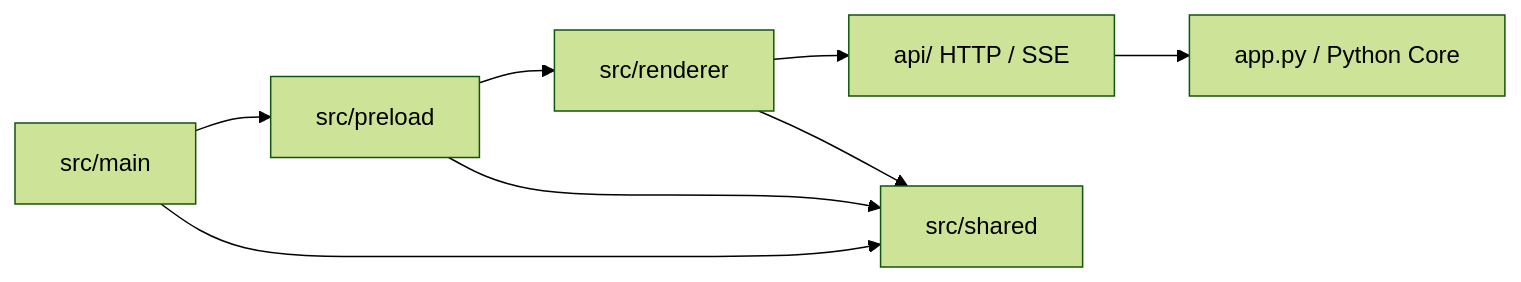
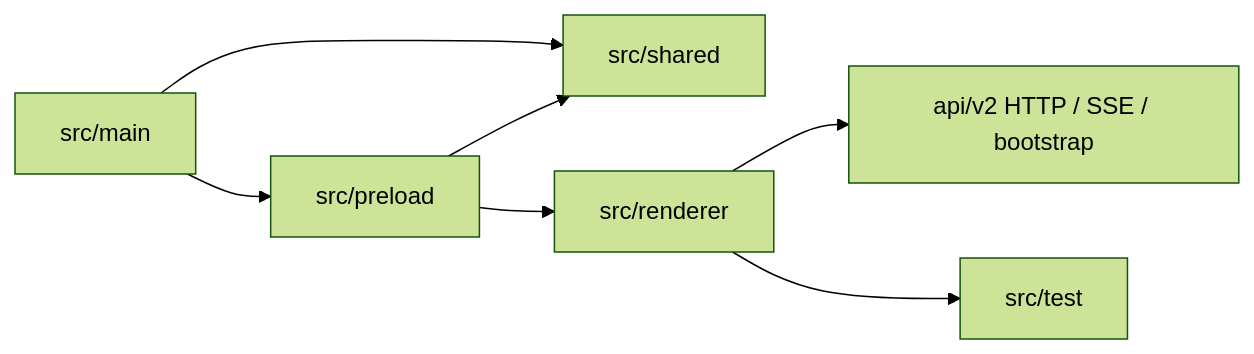
The diagram in frontend/SPEC.md (neavo/LinguaGacha), drawn with Mermaid (forest theme) before and after one commit. The commit also changed other lines of this file and 7 other files, not shown here.

````diff
--- a/frontend/SPEC.md
+++ b/frontend/SPEC.md
@@ -12,10 +13,9 @@
 ```mermaid
 flowchart LR
     A["src/main"] --> B["src/preload"]
-    B --> C["src/renderer"]
-    C --> D["api/ HTTP / SSE"]
-    D --> E["app.py / Python Core"]
-    A --> F["src/shared"]
-    B --> F
-    C --> F
+    A --> C["src/shared"]
+    B --> C
+    B --> D["src/renderer"]
+    D --> E["api/v2 HTTP / SSE / bootstrap"]
+    D --> F["src/test"]
 ```
````
